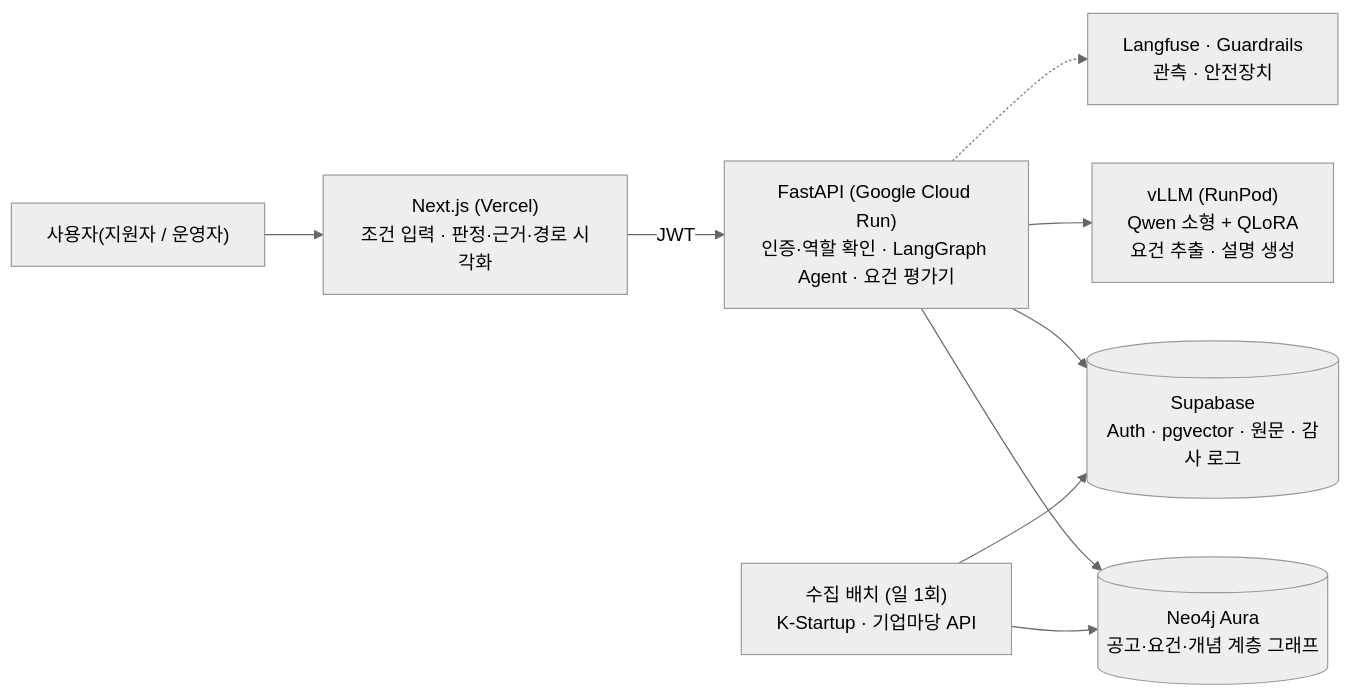
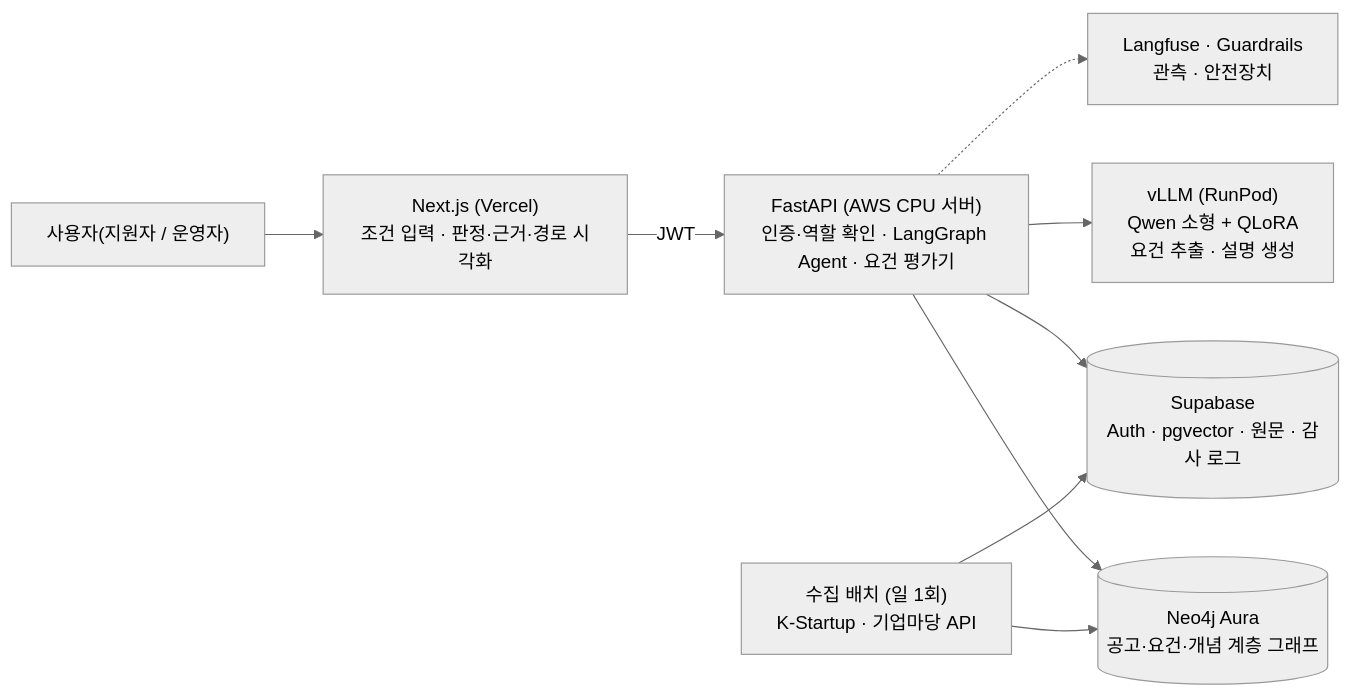
One commit to encore-ai-campus/mle-01-final-team2 changed the diagram in docs/[기획설계] MLE_기획보고서_2팀.md. Above: the diagram before and after it, drawn with Mermaid (neutral theme). The commit also changed other lines of this file and 4 other files, not shown here.

First line of the commit message:
docs: API 호스팅을 Cloud Run에서 AWS CPU 서버로 변경 반영

````diff
--- a/docs/[기획설계] MLE_기획보고서_2팀.md
+++ b/docs/[기획설계] MLE_기획보고서_2팀.md
@@ -320,11 +321,11 @@
 ```mermaid
 flowchart LR
   U["사용자(지원자 / 운영자)"] --> F["Next.js (Vercel)<br/>조건 입력 · 판정·근거·경로 시각화"]
-  F -->|JWT| API["FastAPI (Google Cloud Run)<br/>인증·역할 확인 · LangGraph Agent · 요건 평가기"]
+  F -->|JWT| API["FastAPI (AWS CPU 서버)<br/>인증·역할 확인 · LangGraph Agent · 요건 평가기"]
   API --> N[("Neo4j Aura<br/>공고·요건·개념 계층 그래프")]
   API --> S[("Supabase<br/>Auth · pgvector · 원문 · 감사 로그")]
   API --> V["vLLM (RunPod)<br/>Qwen 소형 + QLoRA<br/>요건 추출 · 설명 생성"]
   B["수집 배치 (일 1회)<br/>K-Startup · 기업마당 API"] --> S
   B --> N
   API -.-> O["Langfuse · Guardrails<br/>관측 · 안전장치"]
 ```
````
